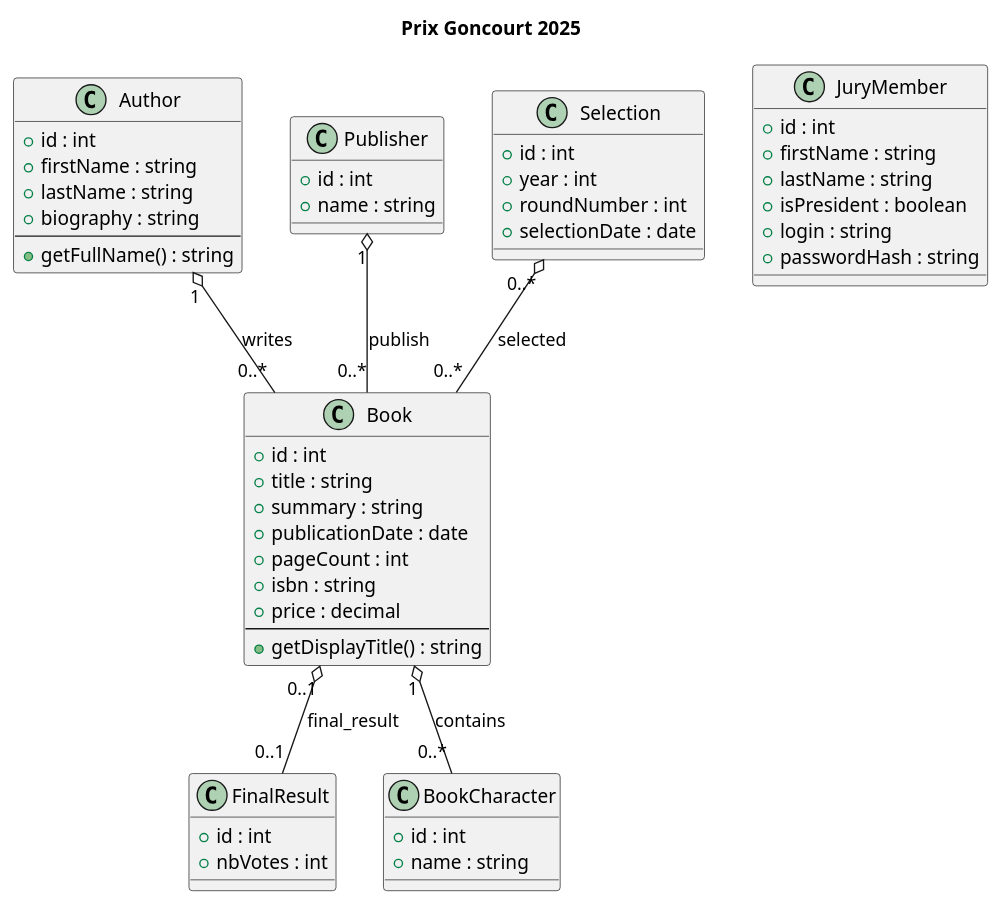
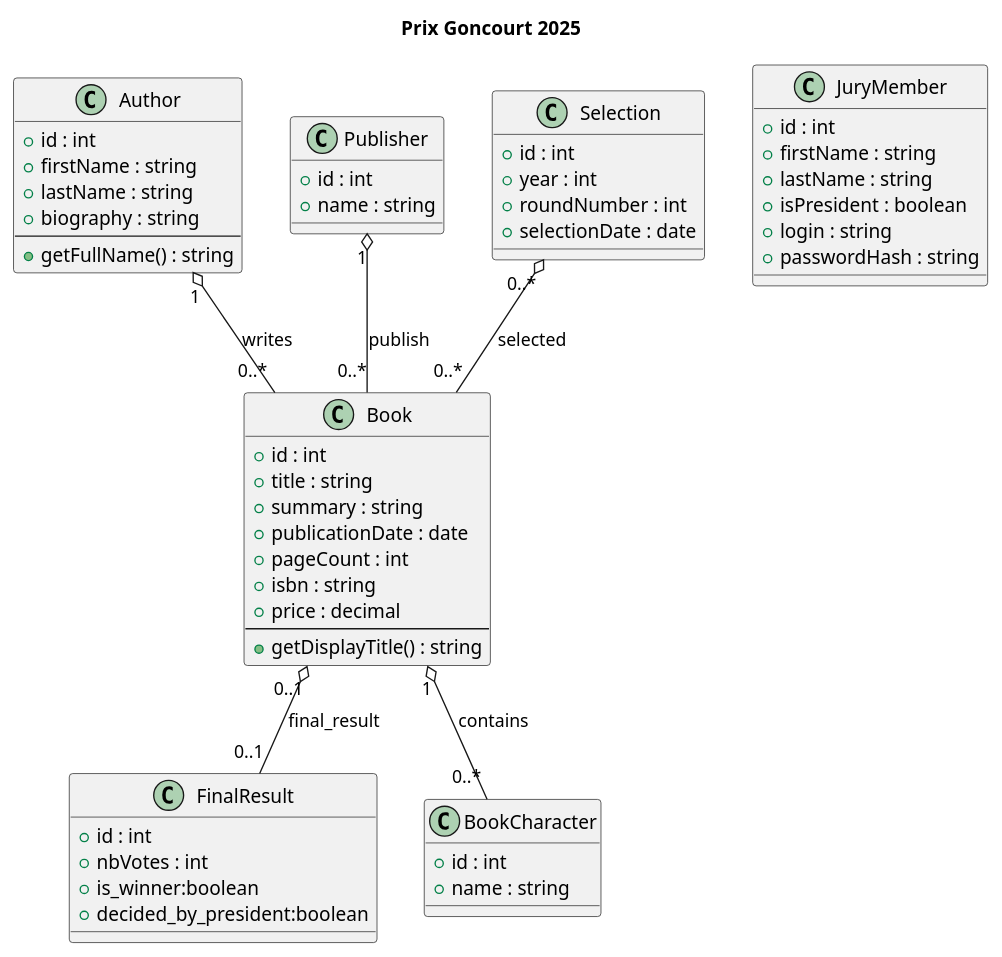
The diagram in docs/class_diagram.puml (MarieLorraineFMS/prix-goncourt-2025), drawn with PlantUML before and after one commit. The commit also changed 6 other files, not shown here.

```diff
--- a/docs/class_diagram.puml
+++ b/docs/class_diagram.puml
@@ -1,75 +1,77 @@
 @startuml Class Diagram
 title Prix Goncourt 2025
 
 ' ////////////////////////// ENTITIES ////////////////////////
 
 class Author {
   +id : int
   +firstName : string
   +lastName : string
   +biography : string
   --
   +getFullName() : string
 }
 
 class Publisher {
   +id : int
   +name : string
 }
 
 class Book {
   +id : int
   +title : string
   +summary : string
   +publicationDate : date
   +pageCount : int
   +isbn : string
   +price : decimal
   --
   +getDisplayTitle() : string
 }
 
 class JuryMember {
   +id : int
   +firstName : string
   +lastName : string
   +isPresident : boolean
   +login : string
   +passwordHash : string
 }
 
 class Selection {
   +id : int
   +year : int
   +roundNumber : int
   +selectionDate : date
 }
 
 class FinalResult {
   +id : int
   +nbVotes : int
+  +is_winner:boolean
+  +decided_by_president:boolean
 }
 
 class BookCharacter {
   +id : int
   +name : string
 }
 
 ' ////////////////// ASSOCIATIONS /////////////////////////
 
 'An author writes 1 to many book
 Author "1" o-- "0..*" Book : writes
 
 'A Publisher publish 1 to many book
 Publisher "1" o-- "0..*" Book : publish
 
 'A Book contains 1 to many character
 Book "1" o-- "0..*" BookCharacter : contains
 
 'A book can be in 1 to many selection & a Selection contains many books
 Selection "0..*" o-- "0..*" Book : selected
 
 'A book can be in final_result : 0 to 1
 Book "0..1" o-- "0..1" FinalResult : final_result
 
 @enduml
```
